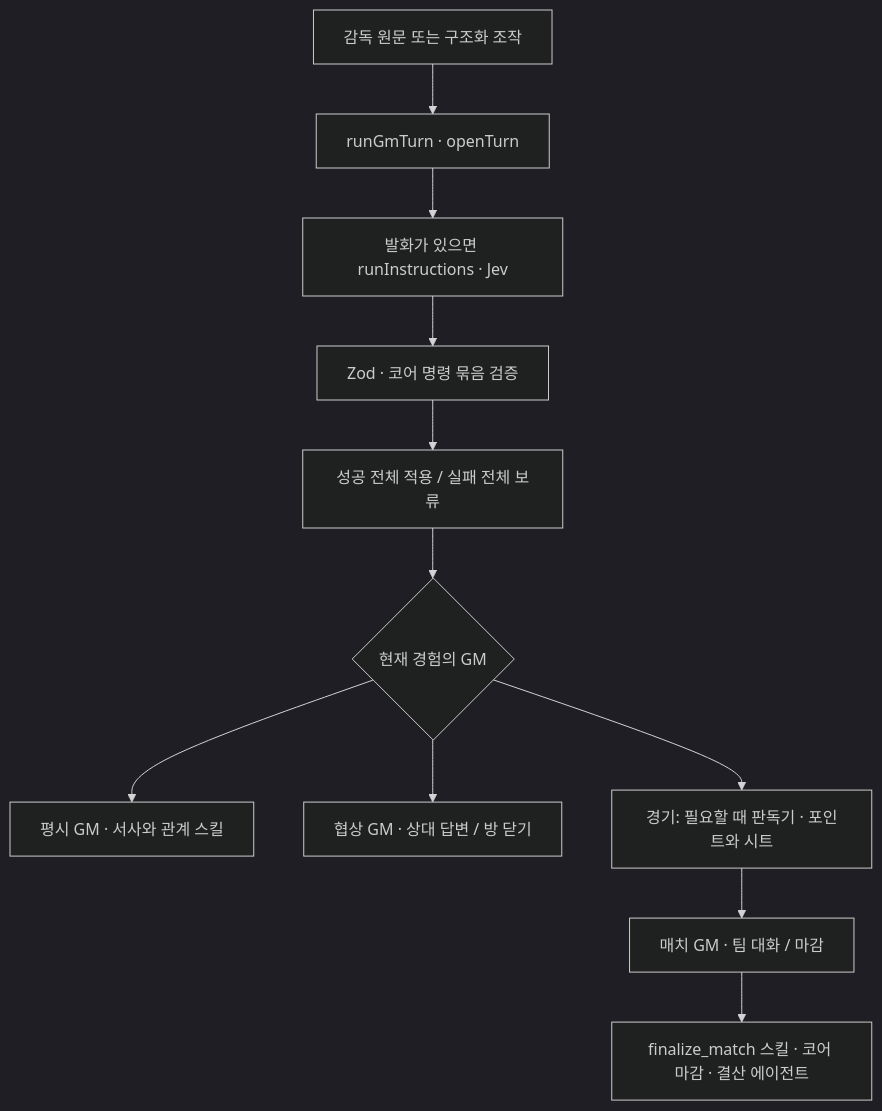
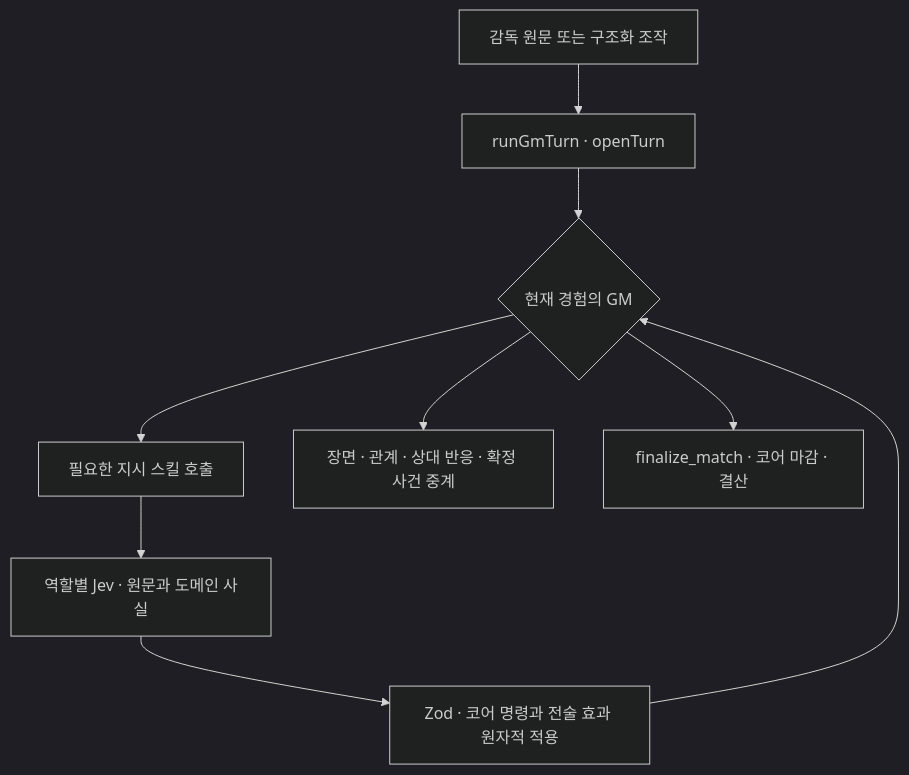
One commit to dhoonjang/gaffer changed the diagram in docs/common/llm/agents.md. Above: the diagram before and after it, drawn with Mermaid (dark theme). The commit also changed other lines of this file and 8 other files, not shown here.

Commit message:
docs(llm): describe on-demand interpreters and observed match flow

````diff
--- a/docs/common/llm/agents.md
+++ b/docs/common/llm/agents.md
@@ -44,13 +49,11 @@
 ```mermaid
 flowchart TD
   U[감독 원문 또는 구조화 조작] --> O[runGmTurn · openTurn]
-  O --> I[발화가 있으면 runInstructions · Jev]
-  I --> V[Zod · 코어 명령 묶음 검증]
-  V --> C[성공 전체 적용 / 실패 전체 보류]
-  C --> G{현재 경험의 GM}
-  G --> P[평시 GM · 서사와 관계 스킬]
-  G --> N[협상 GM · 상대 답변 / 방 닫기]
-  G --> R[경기: 필요할 때 판독기 · 포인트와 시트]
-  R --> M[매치 GM · 팀 대화 / 마감]
-  M --> F[finalize_match 스킬 · 코어 마감 · 결산 에이전트]
+  O --> G{현재 경험의 GM}
+  G --> S[필요한 지시 스킬 호출]
+  S --> J[역할별 Jev · 원문과 도메인 사실]
+  J --> V[Zod · 코어 명령과 전술 효과 원자적 적용]
+  V --> G
+  G --> N[장면 · 관계 · 상대 반응 · 확정 사건 중계]
+  G --> F[finalize_match · 코어 마감 · 결산]
 ```
````
